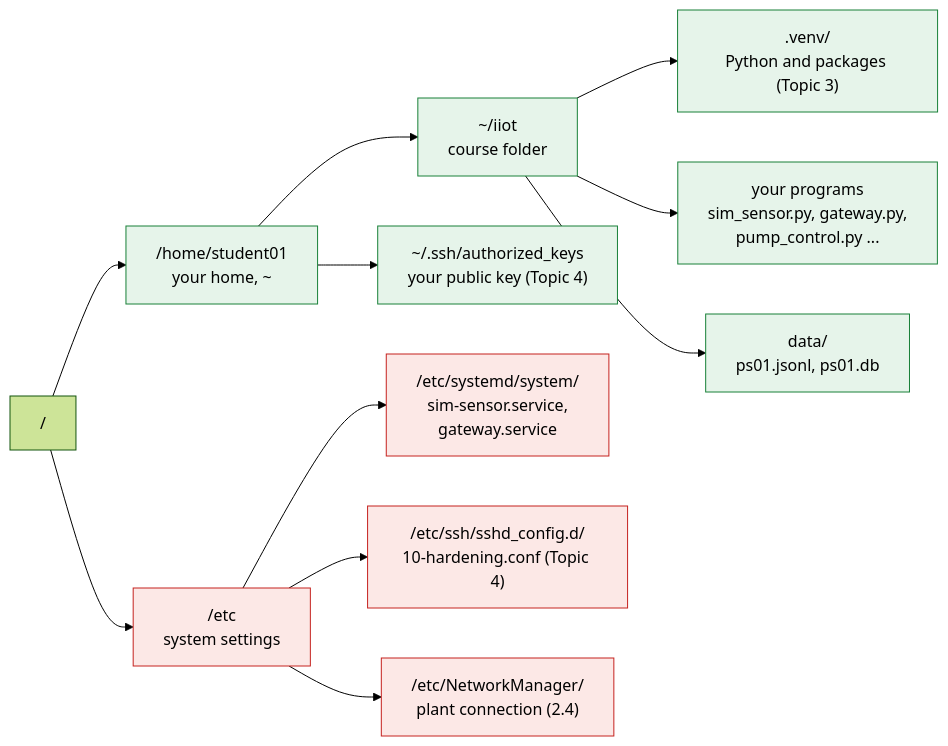
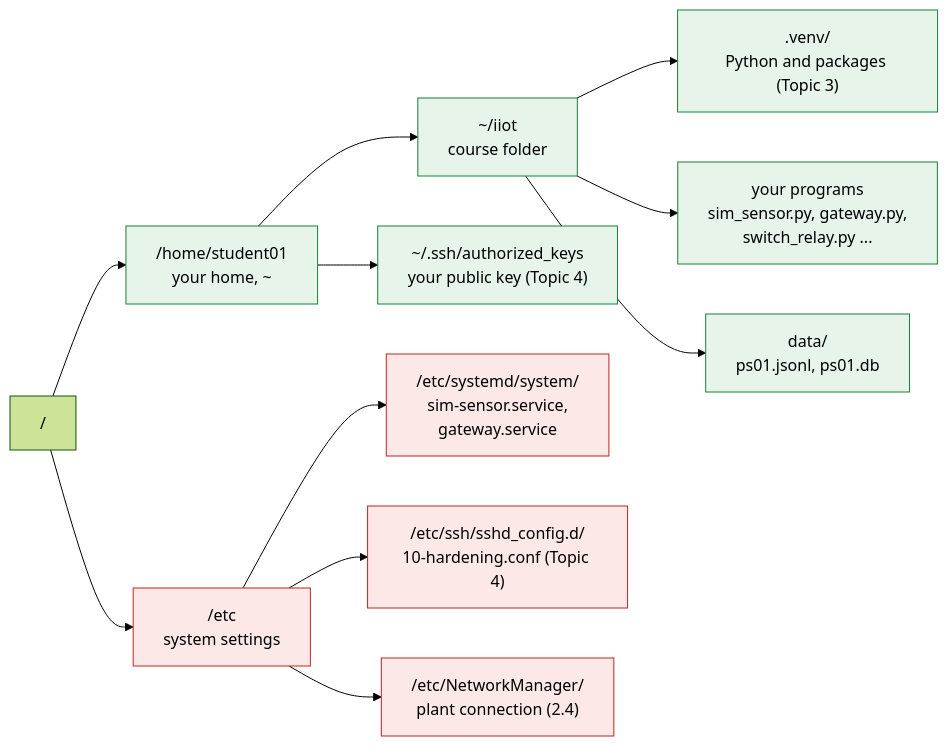
One commit to luqmanyusof/industrial-iot-raspberry-pi changed the first of 13 diagrams in day1.md. Above: the diagram before and after it, drawn with Mermaid (forest theme). The commit also changed other lines of this file and 34 other files, not shown here.

````diff
--- a/day1.md
+++ b/day1.md
@@ -285,17 +285,17 @@
 ```mermaid
 flowchart LR
     root["/"] --> home["/home/student01<br/>your home, ~"]
     root --> etc["/etc<br/>system settings"]
     home --> iiot["~/iiot<br/>course folder"]
     home --> keys["~/.ssh/authorized_keys<br/>your public key (Topic 4)"]
     iiot --> venv[".venv/<br/>Python and packages (Topic 3)"]
-    iiot --> code["your programs<br/>sim_sensor.py, gateway.py,<br/>pump_control.py ..."]
+    iiot --> code["your programs<br/>sim_sensor.py, gateway.py,<br/>switch_relay.py ..."]
     iiot --> data["data/<br/>ps01.jsonl, ps01.db"]
     etc --> sysd["/etc/systemd/system/<br/>sim-sensor.service,<br/>gateway.service"]
     etc --> sshcfg["/etc/ssh/sshd_config.d/<br/>10-hardening.conf (Topic 4)"]
     etc --> nm["/etc/NetworkManager/<br/>plant connection (2.4)"]
     classDef yours fill:#e6f4ea,stroke:#188038,color:#000
     classDef sys fill:#fce8e6,stroke:#c5221f,color:#000
     class home,iiot,keys,venv,code,data yours
     class etc,sysd,sshcfg,nm sys
 ```
````
